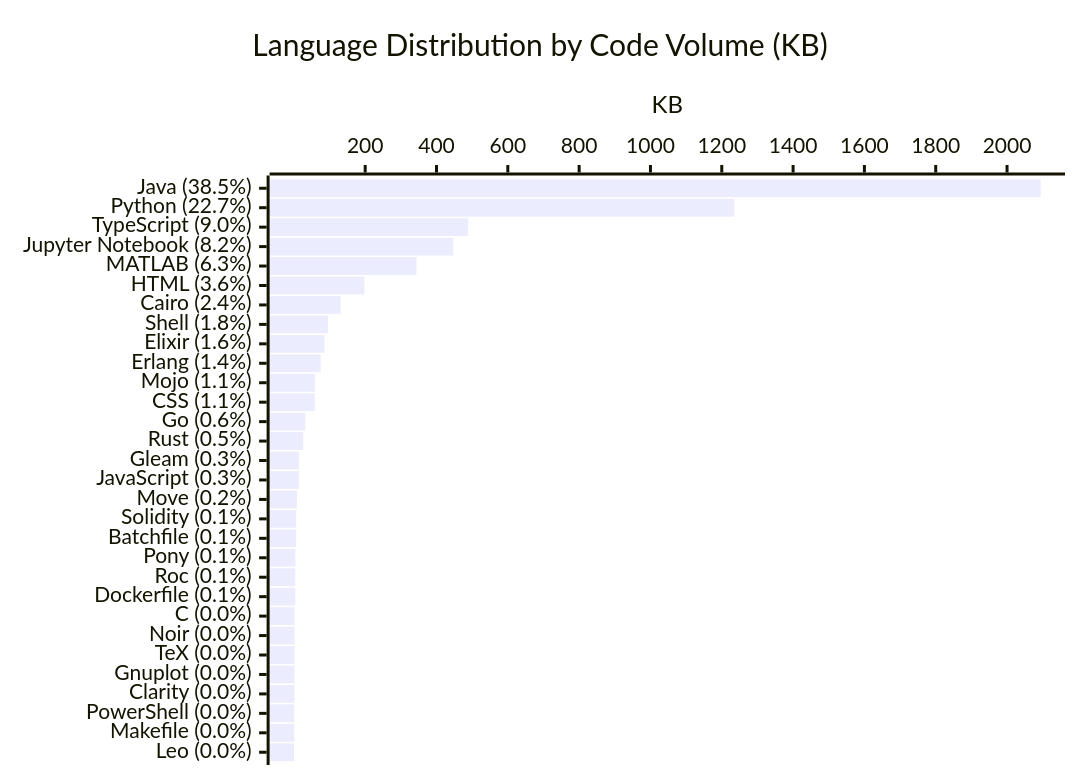
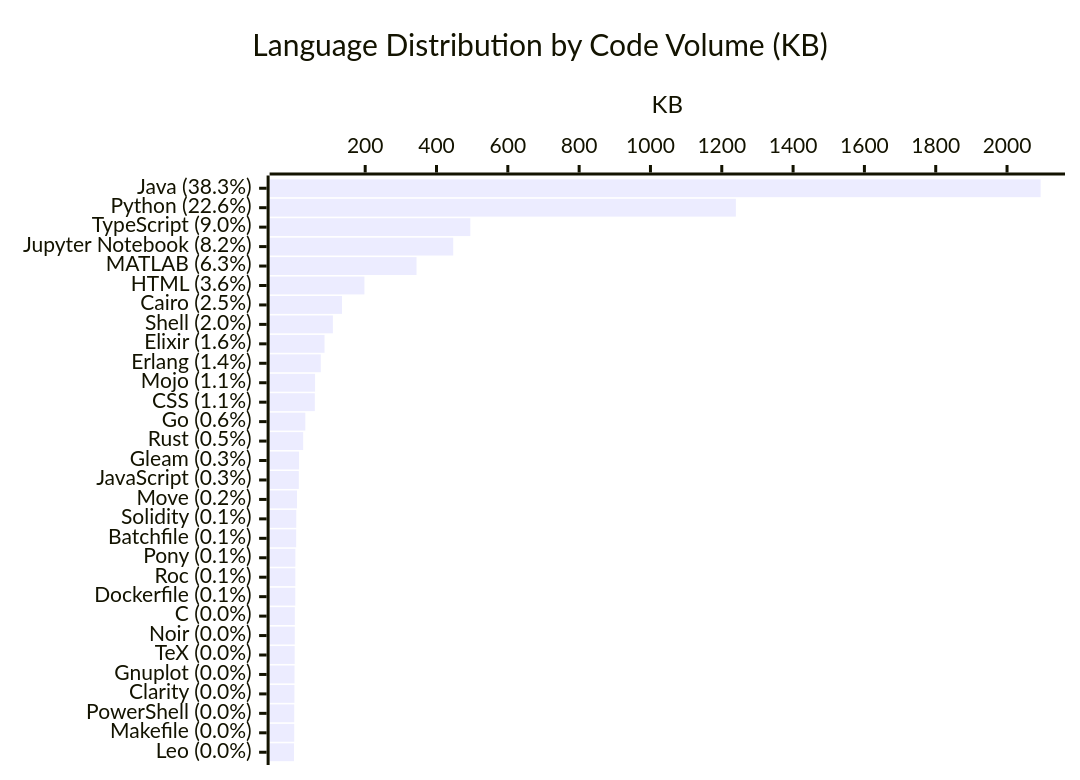
One commit to KathiraveluLab/.github changed the diagram in profile/README.md. Above: the diagram before and after it, drawn with Mermaid. The commit also changed other lines of this file and 1 other file, not shown here.

````diff
--- a/profile/README.md
+++ b/profile/README.md
@@ -64,7 +64,7 @@
 ```mermaid
 xychart-beta horizontal
     title "Language Distribution by Code Volume (KB)"
-    x-axis ["Java (38.5%)", "Python (22.7%)", "TypeScript (9.0%)", "Jupyter Notebook (8.2%)", "MATLAB (6.3%)", "HTML (3.6%)", "Cairo (2.4%)", "Shell (1.8%)", "Elixir (1.6%)", "Erlang (1.4%)", "Mojo (1.1%)", "CSS (1.1%)", "Go (0.6%)", "Rust (0.5%)", "Gleam (0.3%)", "JavaScript (0.3%)", "Move (0.2%)", "Solidity (0.1%)", "Batchfile (0.1%)", "Pony (0.1%)", "Roc (0.1%)", "Dockerfile (0.1%)", "C (0.0%)", "Noir (0.0%)", "TeX (0.0%)", "Gnuplot (0.0%)", "Clarity (0.0%)", "PowerShell (0.0%)", "Makefile (0.0%)", "Leo (0.0%)"]
+    x-axis ["Java (38.3%)", "Python (22.6%)", "TypeScript (9.0%)", "Jupyter Notebook (8.2%)", "MATLAB (6.3%)", "HTML (3.6%)", "Cairo (2.5%)", "Shell (2.0%)", "Elixir (1.6%)", "Erlang (1.4%)", "Mojo (1.1%)", "CSS (1.1%)", "Go (0.6%)", "Rust (0.5%)", "Gleam (0.3%)", "JavaScript (0.3%)", "Move (0.2%)", "Solidity (0.1%)", "Batchfile (0.1%)", "Pony (0.1%)", "Roc (0.1%)", "Dockerfile (0.1%)", "C (0.0%)", "Noir (0.0%)", "TeX (0.0%)", "Gnuplot (0.0%)", "Clarity (0.0%)", "PowerShell (0.0%)", "Makefile (0.0%)", "Leo (0.0%)"]
     y-axis "KB"
-    bar [2094.22, 1235.3, 488.83, 446.9, 343.93, 197.81, 130.89, 95.48, 85.96, 75.3, 59.44, 58.73, 32.03, 26.08, 14.6, 13.89, 8.83, 6.65, 6.48, 4.14, 4.09, 3.9, 2.58, 2.46, 2.29, 1.82, 1.53, 1.02, 0.99, 0.27]
+    bar [2094.22, 1239.5, 494.83, 446.9, 343.93, 197.81, 135.0, 109.37, 85.96, 75.47, 59.44, 58.73, 32.03, 26.08, 14.6, 13.89, 8.83, 6.65, 6.48, 4.14, 4.09, 3.9, 2.58, 2.46, 2.29, 1.82, 1.53, 1.02, 0.99, 0.27]
 ```
````
